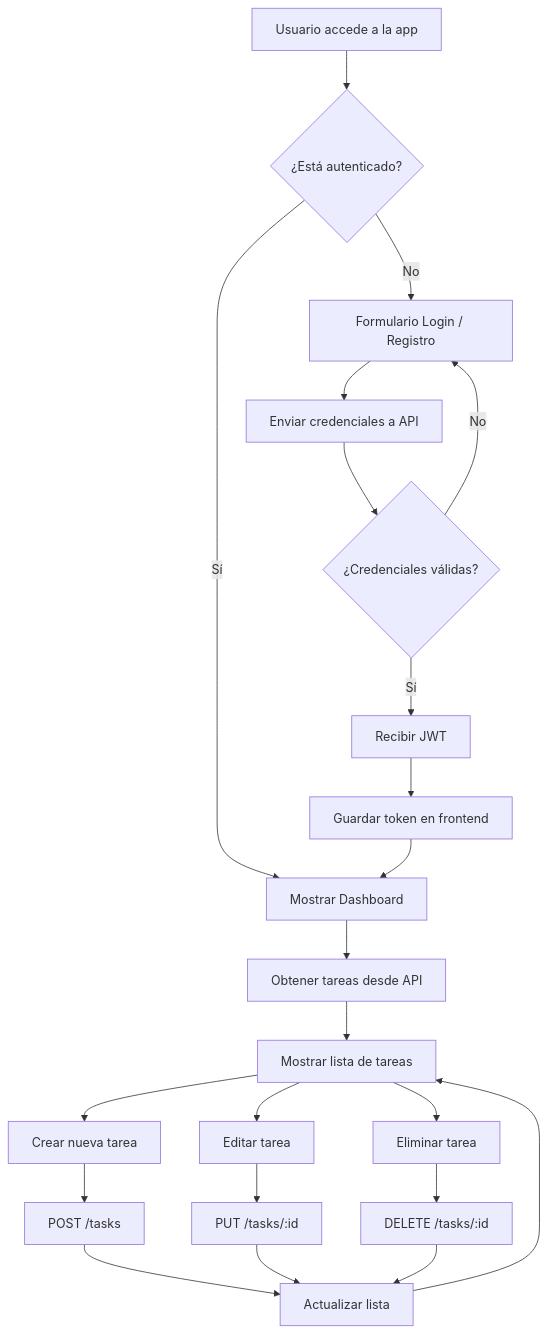
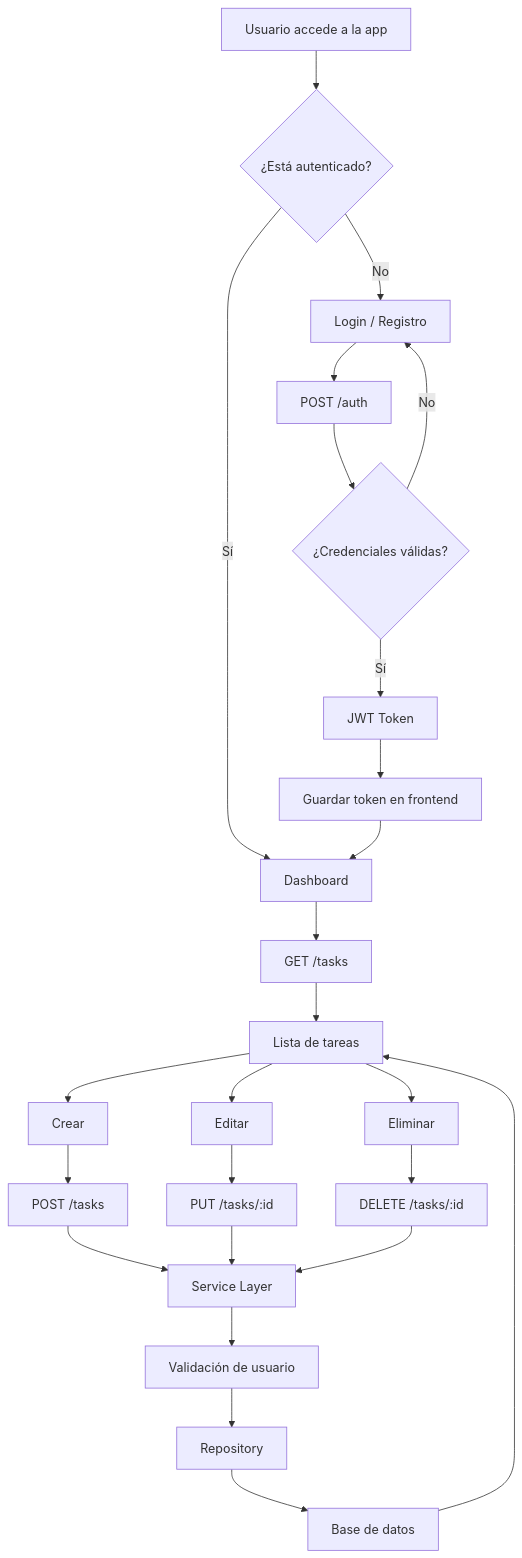
One commit to jfva01/todo-list-portfolio changed the diagram in frontend/assets/docs/README.md. Above: the diagram before and after it, drawn with Mermaid. The commit also changed other lines of this file and 14 other files, not shown here.

````diff
--- a/frontend/assets/docs/README.md
+++ b/frontend/assets/docs/README.md
@@ -21,33 +44,37 @@
 ```mermaid
 flowchart TD
-    A[Usuario accede a la app] --> B{¿Está autenticado?}
+    A["Usuario accede a la app"] --> B{"¿Está autenticado?"}
 
-    B -- No --> C[Formulario Login / Registro]
-    C --> D[Enviar credenciales a API]
-    D --> E{¿Credenciales válidas?}
+    B -- "No" --> C["Login / Registro"]
+    C --> D["POST /auth"]
+    D --> E{"¿Credenciales válidas?"}
 
-    E -- No --> C
-    E -- Sí --> F[Recibir JWT]
-    F --> G[Guardar token en frontend]
+    E -- "No" --> C
+    E -- "Sí" --> F["JWT Token"]
+    F --> G["Guardar token en frontend"]
 
-    B -- Sí --> H[Mostrar Dashboard]
+    B -- "Sí" --> H["Dashboard"]
 
     G --> H
 
-    H --> I[Obtener tareas desde API]
-    I --> J[Mostrar lista de tareas]
+    H --> I["GET /tasks"]
+    I --> J["Lista de tareas"]
 
-    J --> K[Crear nueva tarea]
-    J --> L[Editar tarea]
-    J --> M[Eliminar tarea]
+    J --> K["Crear"]
+    J --> L["Editar"]
+    J --> M["Eliminar"]
 
-    K --> N[POST /tasks]
-    L --> O[PUT /tasks/:id]
-    M --> P[DELETE /tasks/:id]
+    K --> N["POST /tasks"]
+    L --> O["PUT /tasks/:id"]
+    M --> P["DELETE /tasks/:id"]
 
-    N --> Q[Actualizar lista]
+    N --> Q["Service Layer"]
     O --> Q
     P --> Q
 
-    Q --> J
+    Q --> R["Validación de usuario"]
+    R --> S["Repository"]
+    S --> T["Base de datos"]
+
+    T --> J
 ```
````
